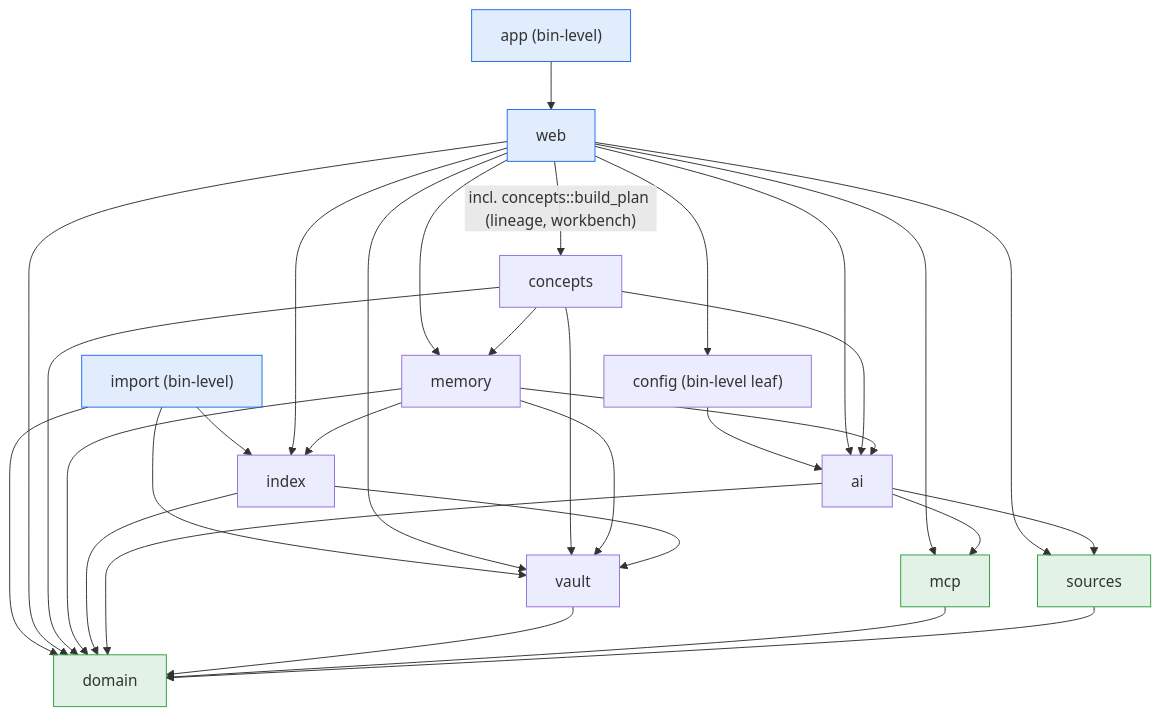
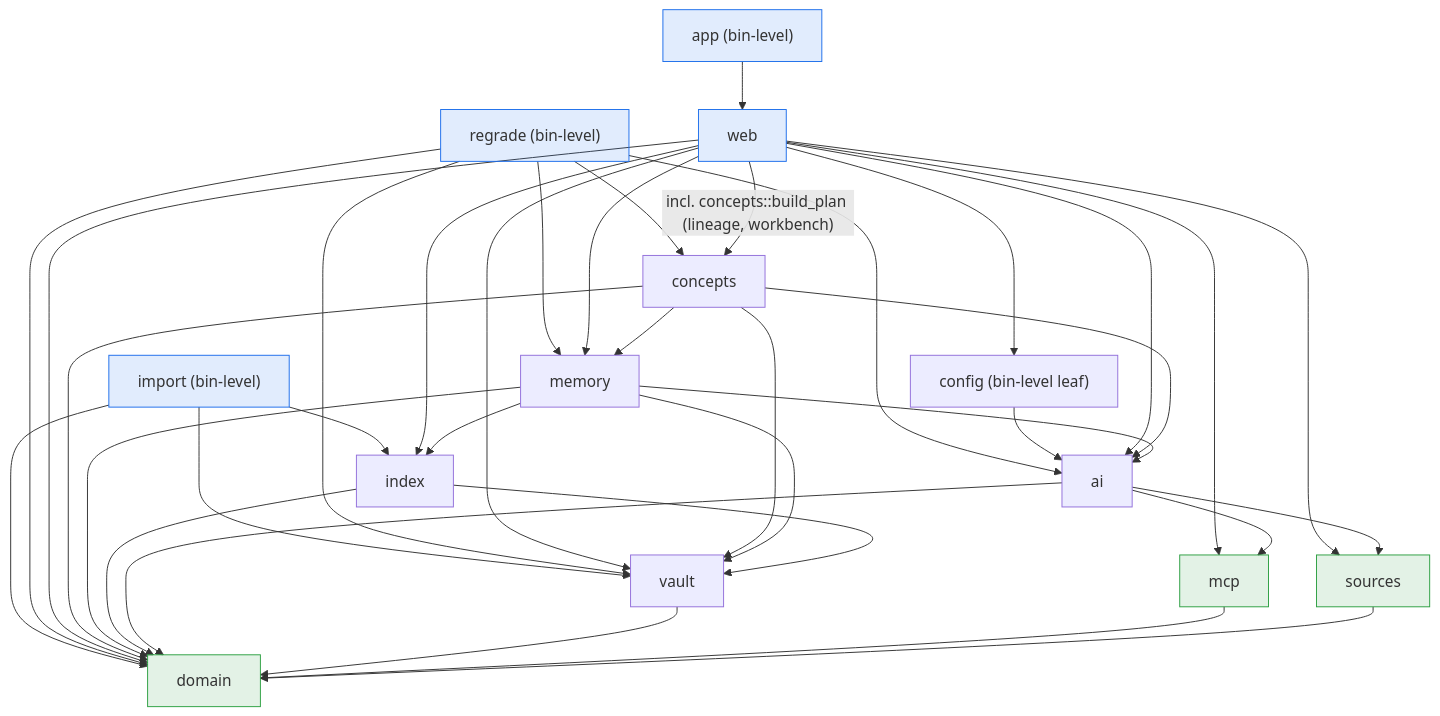
The second of 2 diagrams in docs/02-module-reference.md (jasdian/idea-vault), drawn with Mermaid before and after one commit. The commit also changed other lines of this file and 30 other files, not shown here.

````diff
--- a/docs/02-module-reference.md
+++ b/docs/02-module-reference.md
@@ -120,59 +127,66 @@
 ```mermaid
 flowchart TD
     web["web"]
     concepts["concepts"]
     memory["memory"]
     index["index"]
     ai["ai"]
     vault["vault"]
     domain["domain"]
     mcp["mcp"]
     sources["sources"]
     config["config (bin-level leaf)"]
     app["app (bin-level)"]
     import["import (bin-level)"]
+    regrade["regrade (bin-level)"]
 
     app --> web
     import --> index
     import --> vault
     import --> domain
+    regrade --> concepts
+    regrade --> memory
+    regrade --> ai
+    regrade --> vault
+    regrade --> domain
     web --> config
     config --> ai
     web -->|"incl. concepts::build_plan (lineage, workbench)"| concepts
     web --> memory
     web --> index
     web --> ai
     web --> vault
     web --> domain
     web --> mcp
     web --> sources
 
     concepts --> ai
     concepts --> vault
     concepts --> domain
     concepts --> memory
 
     memory --> ai
     memory --> vault
     memory --> index
     memory --> domain
 
     index --> vault
     index --> domain
 
     ai --> domain
     ai --> mcp
     ai --> sources
     vault --> domain
     mcp --> domain
     sources --> domain
 
     classDef top fill:#1f6feb22,stroke:#1f6feb;
     classDef base fill:#2ea04322,stroke:#2ea043;
     class web top;
     class app top;
     class import top;
+    class regrade top;
     class domain base;
     class mcp base;
     class sources base;
 ```
````
